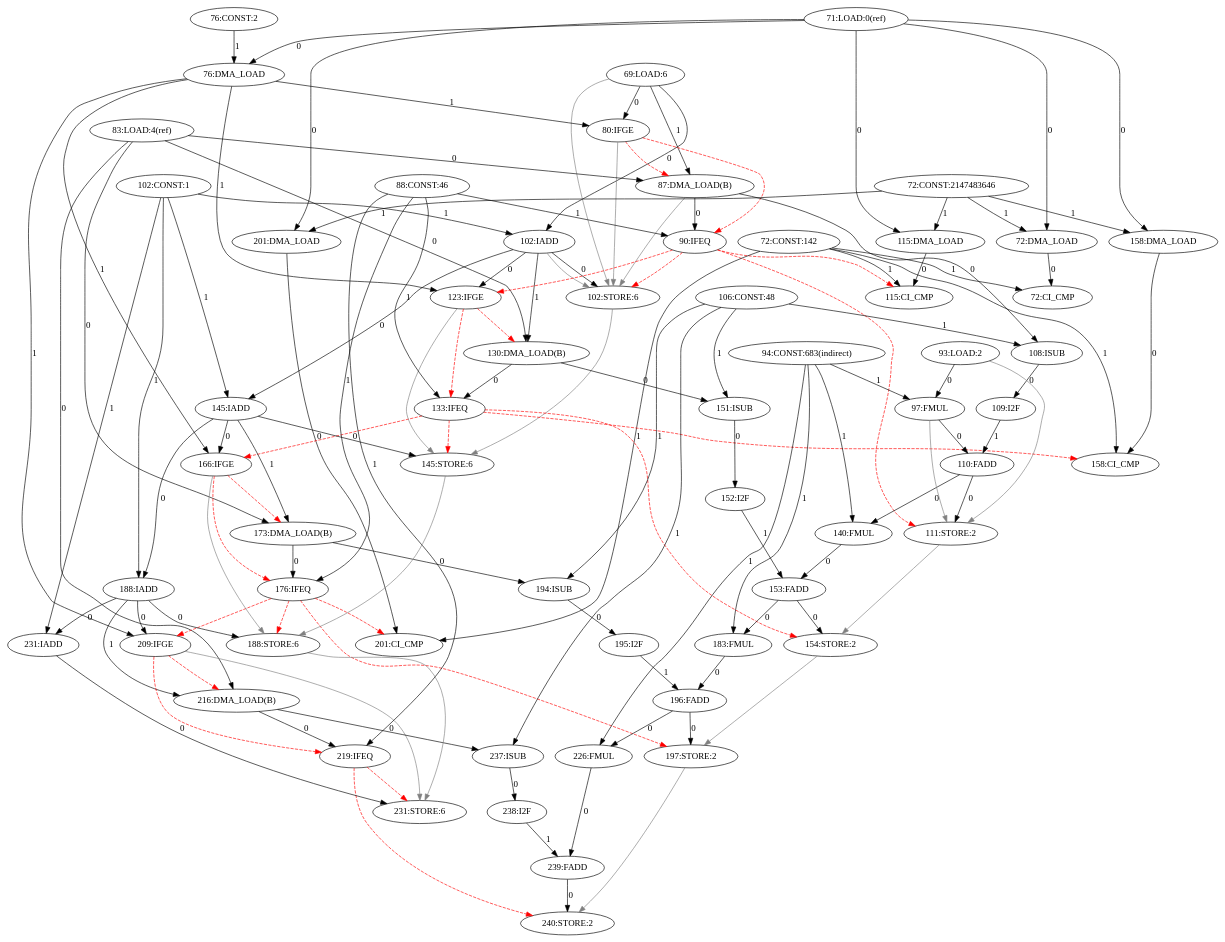
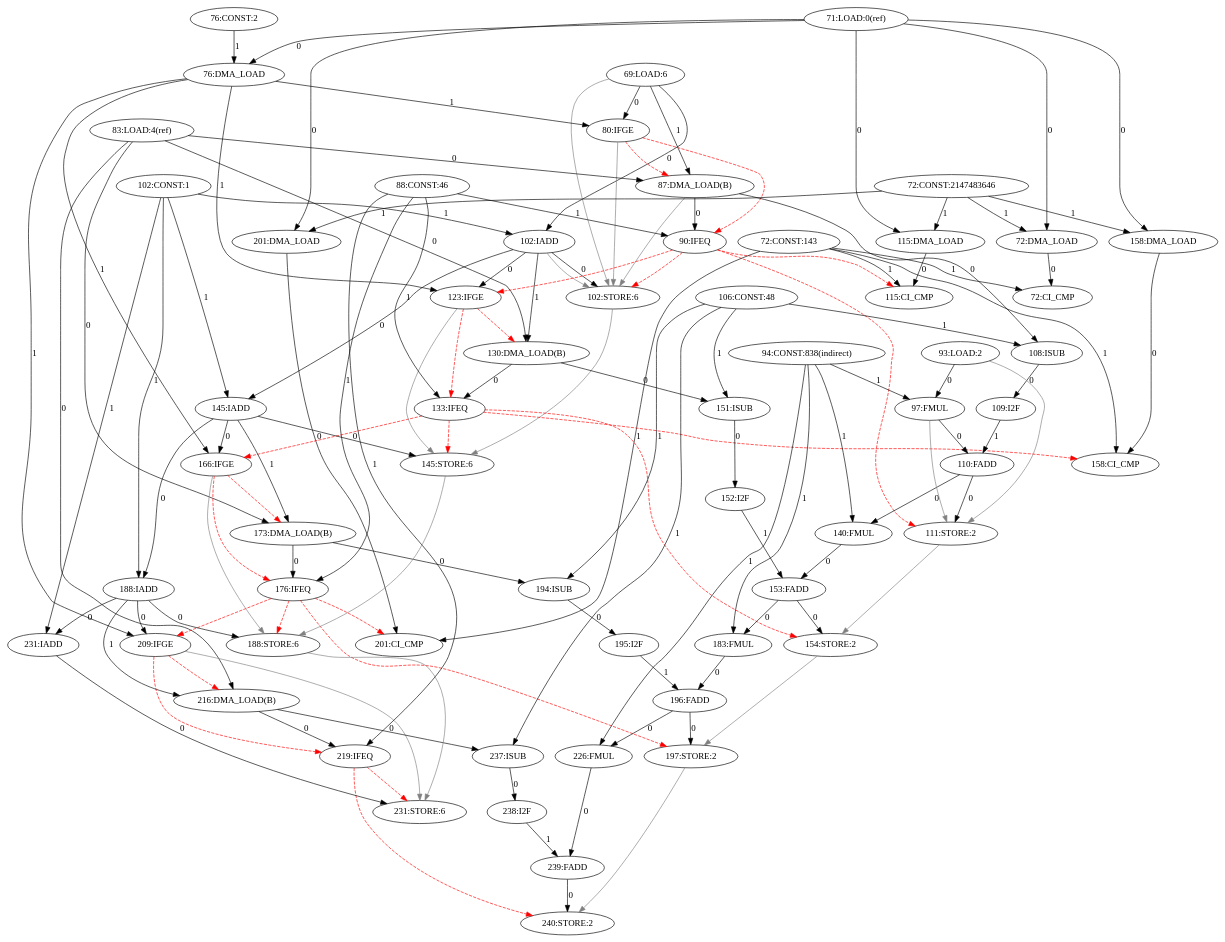
The diagram in amidar-sim2/Amidar/log/java.lang.Float.parseFloat(Ljava.lang.String;)F-69-244-CDFG.dot (Ana-Borg/CGRA-Versuch), drawn with Graphviz before and after one commit. The commit also changed 241 other files, not shown here.

```diff
--- a/amidar-sim2/Amidar/log/java.lang.Float.parseFloat(Ljava.lang.String;)F-69-244-CDFG.dot
+++ b/amidar-sim2/Amidar/log/java.lang.Float.parseFloat(Ljava.lang.String;)F-69-244-CDFG.dot
@@ -1,125 +1,125 @@
 digraph depgraph {
 "102:IADD" -> "102:STORE:6"[label=0];
 "69:LOAD:6" -> "102:STORE:6"[color=gray];
 "80:IFGE" -> "102:STORE:6"[color=gray];
 "87:DMA_LOAD(B)" -> "102:STORE:6"[color=gray];
 "90:IFEQ" -> "102:STORE:6"[color=red,style=dashed];
 "102:IADD" -> "102:STORE:6"[color=gray];
 "69:LOAD:6" -> "80:IFGE"[label=0];
 "76:DMA_LOAD" -> "80:IFGE"[label=1];
 "83:LOAD:4(ref)" -> "87:DMA_LOAD(B)"[label=0];
 "69:LOAD:6" -> "87:DMA_LOAD(B)"[label=1];
 "80:IFGE" -> "87:DMA_LOAD(B)"[color=red,style=dashed];
 "69:LOAD:6" -> "102:IADD"[label=0];
 "102:CONST:1" -> "102:IADD"[label=1];
 "71:LOAD:0(ref)" -> "72:DMA_LOAD"[label=0];
 "72:CONST:2147483646" -> "72:DMA_LOAD"[label=1];
 "71:LOAD:0(ref)" -> "76:DMA_LOAD"[label=0];
 "76:CONST:2" -> "76:DMA_LOAD"[label=1];
 "71:LOAD:0(ref)" -> "115:DMA_LOAD"[label=0];
 "72:CONST:2147483646" -> "115:DMA_LOAD"[label=1];
 "71:LOAD:0(ref)" -> "158:DMA_LOAD"[label=0];
 "72:CONST:2147483646" -> "158:DMA_LOAD"[label=1];
 "71:LOAD:0(ref)" -> "201:DMA_LOAD"[label=0];
 "72:CONST:2147483646" -> "201:DMA_LOAD"[label=1];
 "72:DMA_LOAD" -> "72:CI_CMP"[label=0];
-"72:CONST:142" -> "72:CI_CMP"[label=1];
+"72:CONST:143" -> "72:CI_CMP"[label=1];
 "115:DMA_LOAD" -> "115:CI_CMP"[label=0];
-"72:CONST:142" -> "115:CI_CMP"[label=1];
+"72:CONST:143" -> "115:CI_CMP"[label=1];
 "90:IFEQ" -> "115:CI_CMP"[color=red,style=dashed];
 "158:DMA_LOAD" -> "158:CI_CMP"[label=0];
-"72:CONST:142" -> "158:CI_CMP"[label=1];
+"72:CONST:143" -> "158:CI_CMP"[label=1];
 "133:IFEQ" -> "158:CI_CMP"[color=red,style=dashed];
 "201:DMA_LOAD" -> "201:CI_CMP"[label=0];
-"72:CONST:142" -> "201:CI_CMP"[label=1];
+"72:CONST:143" -> "201:CI_CMP"[label=1];
 "176:IFEQ" -> "201:CI_CMP"[color=red,style=dashed];
 "102:IADD" -> "123:IFGE"[label=0];
 "76:DMA_LOAD" -> "123:IFGE"[label=1];
 "90:IFEQ" -> "123:IFGE"[color=red,style=dashed];
 "145:IADD" -> "166:IFGE"[label=0];
 "76:DMA_LOAD" -> "166:IFGE"[label=1];
 "133:IFEQ" -> "166:IFGE"[color=red,style=dashed];
 "188:IADD" -> "209:IFGE"[label=0];
 "76:DMA_LOAD" -> "209:IFGE"[label=1];
 "176:IFEQ" -> "209:IFGE"[color=red,style=dashed];
 "87:DMA_LOAD(B)" -> "90:IFEQ"[label=0];
 "88:CONST:46" -> "90:IFEQ"[label=1];
 "80:IFGE" -> "90:IFEQ"[color=red,style=dashed];
 "83:LOAD:4(ref)" -> "130:DMA_LOAD(B)"[label=0];
 "102:IADD" -> "130:DMA_LOAD(B)"[label=1];
 "123:IFGE" -> "130:DMA_LOAD(B)"[color=red,style=dashed];
 "83:LOAD:4(ref)" -> "173:DMA_LOAD(B)"[label=0];
 "145:IADD" -> "173:DMA_LOAD(B)"[label=1];
 "166:IFGE" -> "173:DMA_LOAD(B)"[color=red,style=dashed];
 "83:LOAD:4(ref)" -> "216:DMA_LOAD(B)"[label=0];
 "188:IADD" -> "216:DMA_LOAD(B)"[label=1];
 "209:IFGE" -> "216:DMA_LOAD(B)"[color=red,style=dashed];
 "87:DMA_LOAD(B)" -> "108:ISUB"[label=0];
 "106:CONST:48" -> "108:ISUB"[label=1];
 "130:DMA_LOAD(B)" -> "133:IFEQ"[label=0];
 "88:CONST:46" -> "133:IFEQ"[label=1];
 "123:IFGE" -> "133:IFEQ"[color=red,style=dashed];
 "173:DMA_LOAD(B)" -> "176:IFEQ"[label=0];
 "88:CONST:46" -> "176:IFEQ"[label=1];
 "166:IFGE" -> "176:IFEQ"[color=red,style=dashed];
 "216:DMA_LOAD(B)" -> "219:IFEQ"[label=0];
 "88:CONST:46" -> "219:IFEQ"[label=1];
 "209:IFGE" -> "219:IFEQ"[color=red,style=dashed];
 "110:FADD" -> "111:STORE:2"[label=0];
 "90:IFEQ" -> "111:STORE:2"[color=red,style=dashed];
 "93:LOAD:2" -> "111:STORE:2"[color=gray];
 "97:FMUL" -> "111:STORE:2"[color=gray];
 "93:LOAD:2" -> "97:FMUL"[label=0];
-"94:CONST:683(indirect)" -> "97:FMUL"[label=1];
+"94:CONST:838(indirect)" -> "97:FMUL"[label=1];
 "110:FADD" -> "140:FMUL"[label=0];
-"94:CONST:683(indirect)" -> "140:FMUL"[label=1];
+"94:CONST:838(indirect)" -> "140:FMUL"[label=1];
 "153:FADD" -> "183:FMUL"[label=0];
-"94:CONST:683(indirect)" -> "183:FMUL"[label=1];
+"94:CONST:838(indirect)" -> "183:FMUL"[label=1];
 "196:FADD" -> "226:FMUL"[label=0];
-"94:CONST:683(indirect)" -> "226:FMUL"[label=1];
+"94:CONST:838(indirect)" -> "226:FMUL"[label=1];
 "97:FMUL" -> "110:FADD"[label=0];
 "109:I2F" -> "110:FADD"[label=1];
 "102:IADD" -> "145:IADD"[label=0];
 "102:CONST:1" -> "145:IADD"[label=1];
 "145:IADD" -> "188:IADD"[label=0];
 "102:CONST:1" -> "188:IADD"[label=1];
 "188:IADD" -> "231:IADD"[label=0];
 "102:CONST:1" -> "231:IADD"[label=1];
 "145:IADD" -> "145:STORE:6"[label=0];
 "102:STORE:6" -> "145:STORE:6"[color=gray];
 "123:IFGE" -> "145:STORE:6"[color=gray];
 "133:IFEQ" -> "145:STORE:6"[color=red,style=dashed];
 "130:DMA_LOAD(B)" -> "151:ISUB"[label=0];
 "106:CONST:48" -> "151:ISUB"[label=1];
 "173:DMA_LOAD(B)" -> "194:ISUB"[label=0];
 "106:CONST:48" -> "194:ISUB"[label=1];
 "216:DMA_LOAD(B)" -> "237:ISUB"[label=0];
 "106:CONST:48" -> "237:ISUB"[label=1];
 "108:ISUB" -> "109:I2F"[label=0];
 "153:FADD" -> "154:STORE:2"[label=0];
 "111:STORE:2" -> "154:STORE:2"[color=gray];
 "133:IFEQ" -> "154:STORE:2"[color=red,style=dashed];
 "140:FMUL" -> "153:FADD"[label=0];
 "152:I2F" -> "153:FADD"[label=1];
 "188:IADD" -> "188:STORE:6"[label=0];
 "145:STORE:6" -> "188:STORE:6"[color=gray];
 "166:IFGE" -> "188:STORE:6"[color=gray];
 "176:IFEQ" -> "188:STORE:6"[color=red,style=dashed];
 "151:ISUB" -> "152:I2F"[label=0];
 "196:FADD" -> "197:STORE:2"[label=0];
 "154:STORE:2" -> "197:STORE:2"[color=gray];
 "176:IFEQ" -> "197:STORE:2"[color=red,style=dashed];
 "183:FMUL" -> "196:FADD"[label=0];
 "195:I2F" -> "196:FADD"[label=1];
 "231:IADD" -> "231:STORE:6"[label=0];
 "188:STORE:6" -> "231:STORE:6"[color=gray];
 "209:IFGE" -> "231:STORE:6"[color=gray];
 "219:IFEQ" -> "231:STORE:6"[color=red,style=dashed];
 "194:ISUB" -> "195:I2F"[label=0];
 "239:FADD" -> "240:STORE:2"[label=0];
 "197:STORE:2" -> "240:STORE:2"[color=gray];
 "219:IFEQ" -> "240:STORE:2"[color=red,style=dashed];
 "226:FMUL" -> "239:FADD"[label=0];
 "238:I2F" -> "239:FADD"[label=1];
 "237:ISUB" -> "238:I2F"[label=0];
 }
```
